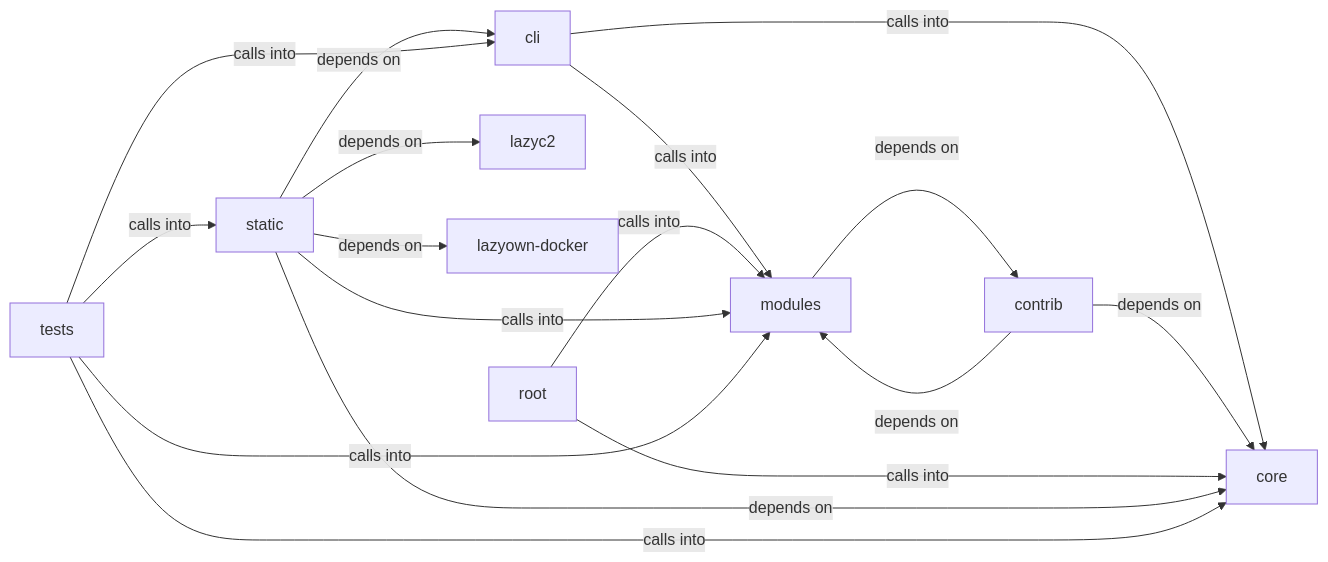
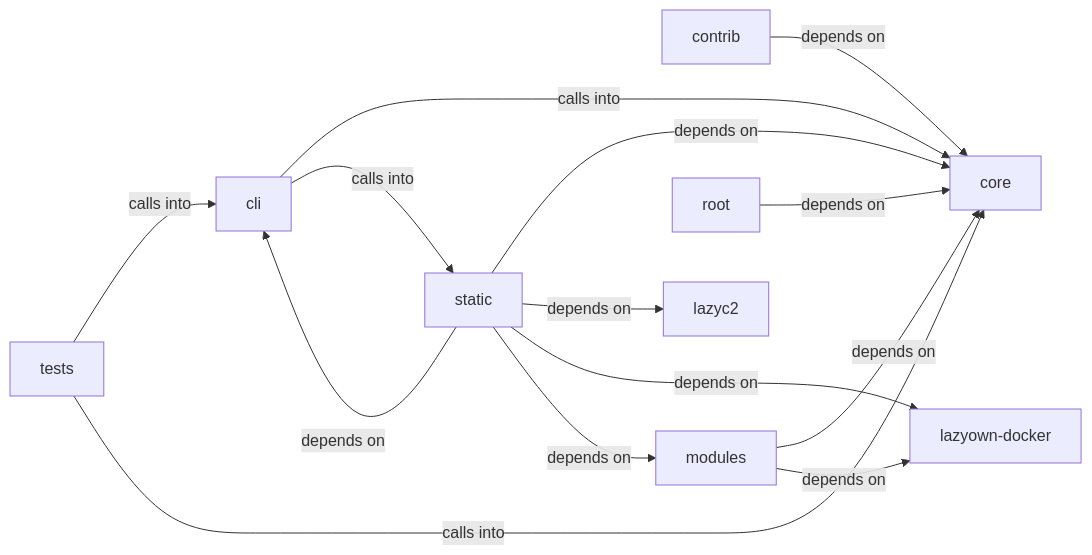
One commit to grisuno/LazyOwn changed the diagram in readmenator-diagrams/static_js.md. Above: the diagram before and after it, drawn with Mermaid. The commit also changed other lines of this file and 301 other files, not shown here.

````diff
--- a/readmenator-diagrams/static_js.md
+++ b/readmenator-diagrams/static_js.md
@@ -5,28 +5,25 @@
 ```mermaid
 graph LR
     cli["cli"]
     contrib["contrib"]
     core["core"]
     lazyc2["lazyc2"]
     lazyown_docker["lazyown-docker"]
     modules["modules"]
     root["root"]
     static["static"]
     tests["tests"]
     cli -- "calls into" --> core
-    cli -- "calls into" --> modules
+    cli -- "calls into" --> static
     contrib -- "depends on" --> core
-    contrib -- "depends on" --> modules
-    modules -- "depends on" --> contrib
-    root -- "calls into" --> core
-    root -- "calls into" --> modules
+    modules -- "depends on" --> core
+    modules -- "depends on" --> lazyown_docker
+    root -- "depends on" --> core
     static -- "depends on" --> cli
     static -- "depends on" --> core
     static -- "depends on" --> lazyc2
     static -- "depends on" --> lazyown_docker
-    static -- "calls into" --> modules
+    static -- "depends on" --> modules
     tests -- "calls into" --> cli
     tests -- "calls into" --> core
-    tests -- "calls into" --> modules
-    tests -- "calls into" --> static
 ```
````
